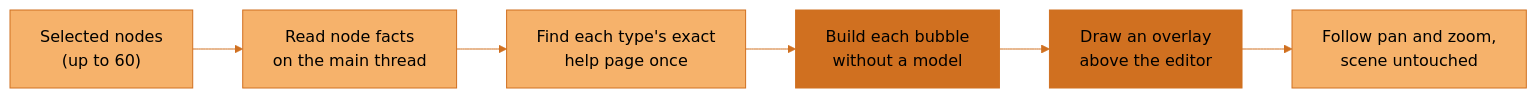
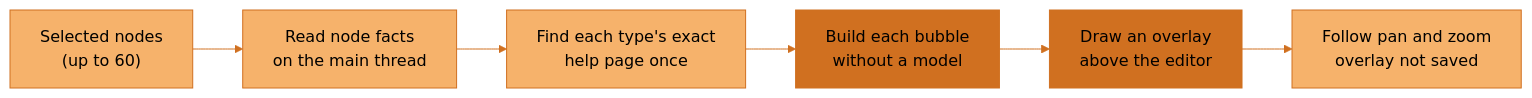
Before and after one commit to JosephOIbrahim/Synapse: the sixth of 11 diagrams in docs/architecture/overview.md, drawn with Mermaid. The commit also changed other lines of this file and 8 other files, not shown here.

First line of the commit message:
docs: align user guides and diagrams with published 5.97.5

````diff
--- a/docs/architecture/overview.md
+++ b/docs/architecture/overview.md
@@ -164,16 +194,16 @@
 ```mermaid
 flowchart LR
     accTitle: Identify draws a short local bubble beside each selected node
-    accDescr: The panel reads facts for up to 60 selected nodes on Houdini's main thread. A worker thread finds each node type's exact help page once in the local SideFX library, building the page path the way Houdini's own help does, falls back to an HDA's own help when the library has no page, and builds each bubble without a model. The main thread draws the bubbles in a click-through overlay above the network editor, which follows pan and zoom. Nothing is written to the scene.
+    accDescr: The panel reads facts for up to 60 selected nodes on Houdini's main thread. A worker finds each type's exact local help page, or an HDA's own help, and builds each bubble without a model. The main thread draws an overlay that follows pan and zoom. The overlay is not saved; old Identify-generated comment blocks can be removed in an undo group while artist text is preserved.
     S["Selected nodes<br/>(up to 60)"] --> F["Read node facts<br/>on the main thread"]
     F --> L["Find each type's exact<br/>help page once"]
     L --> C["Build each bubble<br/>without a model"]
     C --> W["Draw an overlay<br/>above the editor"]
-    W --> V["Follow pan and zoom,<br/>scene untouched"]
+    W --> V["Follow pan and zoom<br/>overlay not saved"]
     classDef default fill:#F6B26B,stroke:#D07020,color:#000000
     classDef artist fill:#F6B26B,stroke:#D07020,color:#000000
     classDef synapse fill:#D07020,stroke:#D07020,color:#000000
     class S artist
     class C,W synapse
     linkStyle default stroke:#D07020
 ```
````
